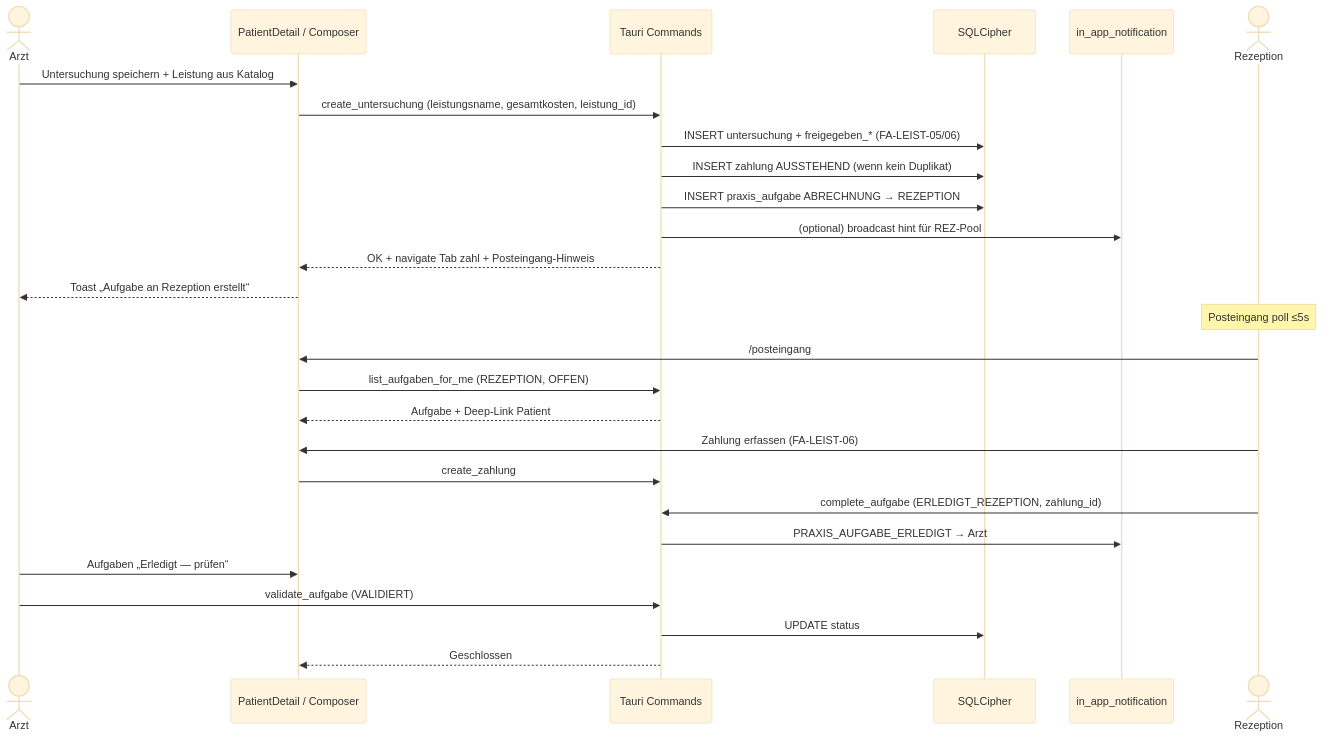
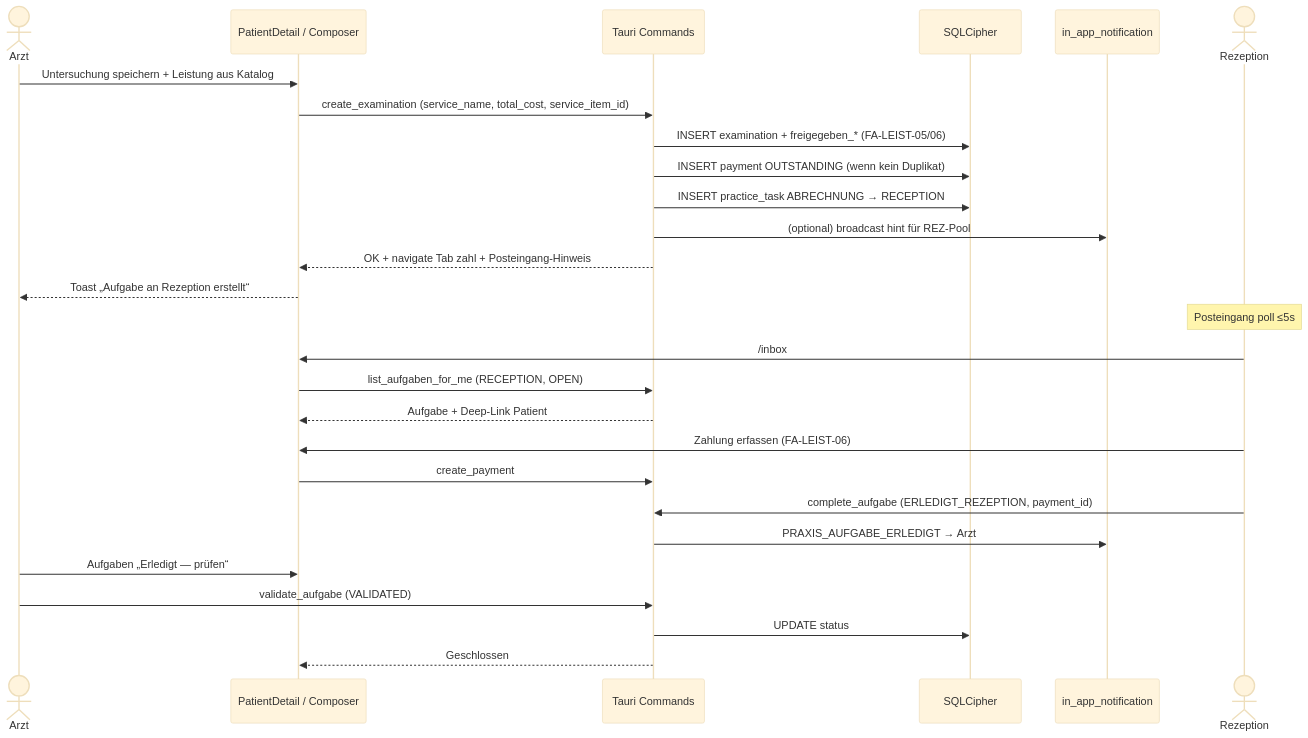
Before and after one commit to Achrafbennanizia/Medoc: the third of 4 diagrams in docs/uml/09-aufgaben-leistung-kollaboration.md, drawn with Mermaid (base theme). The commit also changed other lines of this file and 1081 other files, not shown here.

````diff
--- a/docs/uml/09-aufgaben-leistung-kollaboration.md
+++ b/docs/uml/09-aufgaben-leistung-kollaboration.md
@@ -81,34 +81,34 @@
 ```mermaid
 sequenceDiagram
-    actor ARZT as Arzt
+    actor PHYSICIAN as Arzt
     participant UI as PatientDetail / Composer
     participant IPC as Tauri Commands
     participant DB as SQLCipher
     participant NOTIF as in_app_notification
     actor REZ as Rezeption
 
-    ARZT->>UI: Untersuchung speichern + Leistung aus Katalog
-    UI->>IPC: create_untersuchung (leistungsname, gesamtkosten, leistung_id)
-    IPC->>DB: INSERT untersuchung + freigegeben_* (FA-LEIST-05/06)
-    IPC->>DB: INSERT zahlung AUSSTEHEND (wenn kein Duplikat)
-    IPC->>DB: INSERT praxis_aufgabe ABRECHNUNG → REZEPTION
+    PHYSICIAN->>UI: Untersuchung speichern + Leistung aus Katalog
+    UI->>IPC: create_examination (service_name, total_cost, service_item_id)
+    IPC->>DB: INSERT examination + freigegeben_* (FA-LEIST-05/06)
+    IPC->>DB: INSERT payment OUTSTANDING (wenn kein Duplikat)
+    IPC->>DB: INSERT practice_task ABRECHNUNG → RECEPTION
     IPC->>NOTIF: (optional) broadcast hint für REZ-Pool
 
     IPC-->>UI: OK + navigate Tab zahl + Posteingang-Hinweis
-    UI-->>ARZT: Toast „Aufgabe an Rezeption erstellt“
+    UI-->>PHYSICIAN: Toast „Aufgabe an Rezeption erstellt“
 
     Note over REZ: Posteingang poll ≤5s
-    REZ->>UI: /posteingang
-    UI->>IPC: list_aufgaben_for_me (REZEPTION, OFFEN)
+    REZ->>UI: /inbox
+    UI->>IPC: list_aufgaben_for_me (RECEPTION, OPEN)
     IPC-->>UI: Aufgabe + Deep-Link Patient
 
     REZ->>UI: Zahlung erfassen (FA-LEIST-06)
-    UI->>IPC: create_zahlung
-    REZ->>IPC: complete_aufgabe (ERLEDIGT_REZEPTION, zahlung_id)
+    UI->>IPC: create_payment
+    REZ->>IPC: complete_aufgabe (ERLEDIGT_REZEPTION, payment_id)
     IPC->>NOTIF: PRAXIS_AUFGABE_ERLEDIGT → Arzt
 
-    ARZT->>UI: Aufgaben „Erledigt — prüfen“
-    ARZT->>IPC: validate_aufgabe (VALIDIERT)
+    PHYSICIAN->>UI: Aufgaben „Erledigt — prüfen“
+    PHYSICIAN->>IPC: validate_aufgabe (VALIDATED)
     IPC->>DB: UPDATE status
     IPC-->>UI: Geschlossen
 ```
````
